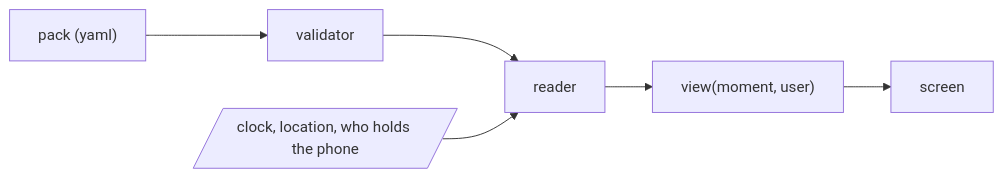
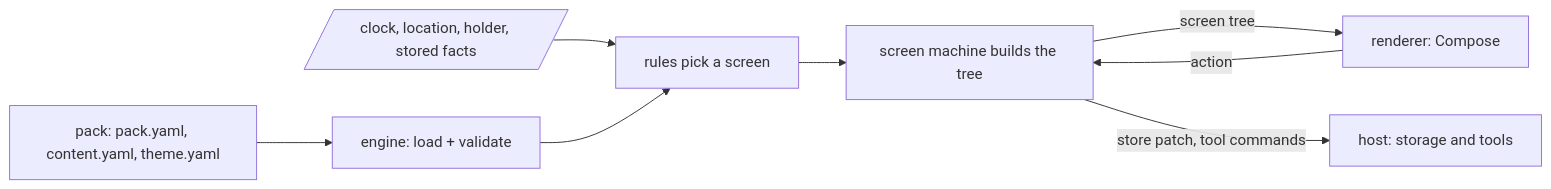
The diagram in AGENTS.md (sirgrimorum/deskpress), drawn with Mermaid before and after one commit. The commit also changed other lines of this file and 5 other files, not shown here.

````diff
--- a/AGENTS.md
+++ b/AGENTS.md
@@ -26,5 +23,9 @@
 ```mermaid
 flowchart LR
-  pack["pack (yaml)"] --> validator["validator"] --> reader["reader"] --> view["view(moment, user)"] --> screen["screen"]
-  inputs[/"clock, location, who holds the phone"/] --> reader
+  pack["pack: pack.yaml, content.yaml, theme.yaml"] --> load["engine: load + validate"]
+  inputs[/"clock, location, holder, stored facts"/] --> rules
+  load --> rules["rules pick a screen"] --> machine["screen machine builds the tree"]
+  machine -->|"screen tree"| renderer["renderer: Compose"]
+  renderer -->|"action"| machine
+  machine -->|"store patch, tool commands"| host["host: storage and tools"]
 ```
````
